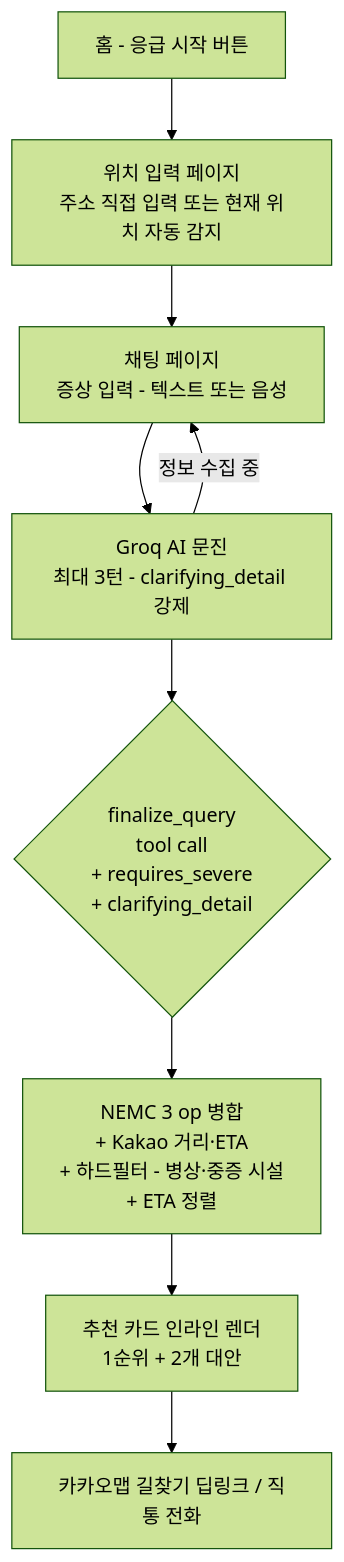
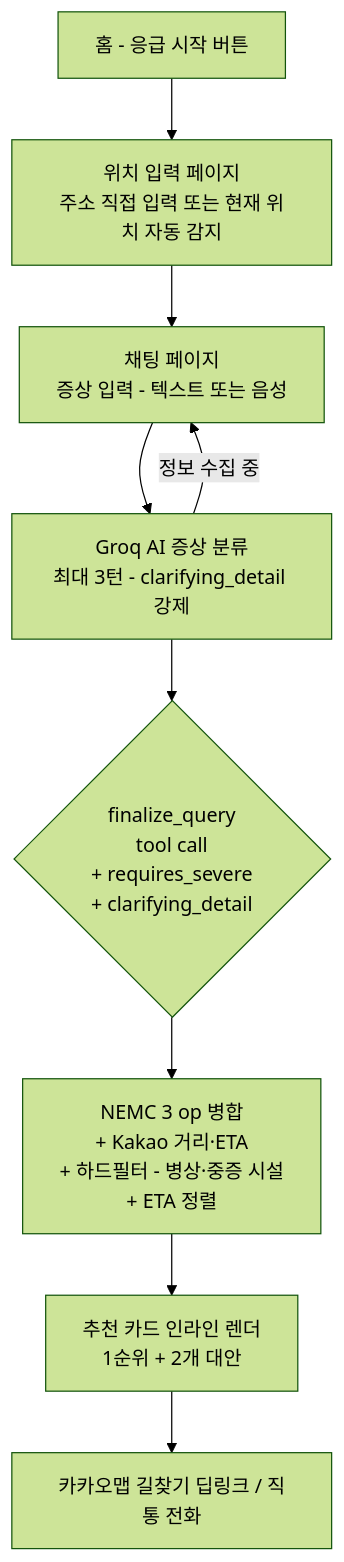
Before and after one commit to dev-ddongyun/golden-match: the first of 2 diagrams in README.md, drawn with Mermaid (forest theme). The commit also changed other lines of this file, not shown here.

First line of the commit message:
docs: fix mermaid diagram + 문진→증상 분류

````diff
--- a/README.md
+++ b/README.md
@@ -9,15 +9,15 @@
 ```mermaid
 flowchart TD
     H[홈 - 응급 시작 버튼]
     L[위치 입력 페이지<br/>주소 직접 입력 또는 현재 위치 자동 감지]
     C1[채팅 페이지<br/>증상 입력 - 텍스트 또는 음성]
-    AI[Groq AI 문진<br/>최대 3턴 - clarifying_detail 강제]
+    AI[Groq AI 증상 분류<br/>최대 3턴 - clarifying_detail 강제]
     T{finalize_query<br/>tool call<br/>+ requires_severe<br/>+ clarifying_detail}
     M[NEMC 3 op 병합<br/>+ Kakao 거리·ETA<br/>+ 하드필터 - 병상·중증 시설<br/>+ ETA 정렬]
     R[추천 카드 인라인 렌더<br/>1순위 + 2개 대안]
     K[카카오맵 길찾기 딥링크 / 직통 전화]
 
     H --> L --> C1 --> AI
     AI -->|정보 수집 중| C1
     AI --> T --> M --> R --> K
 ```
````
